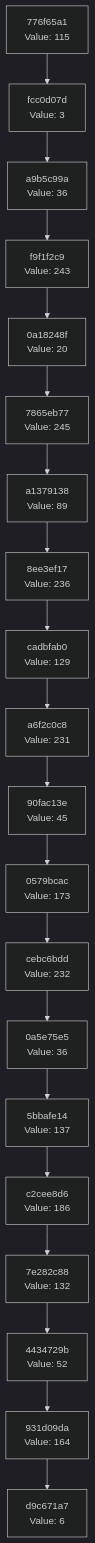
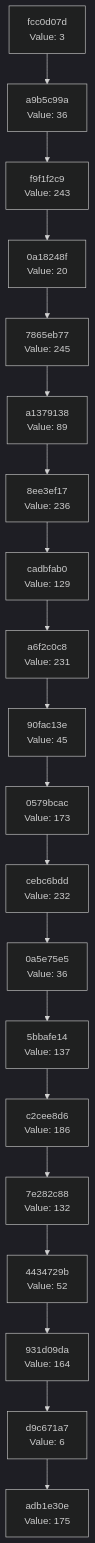
One commit to Abhisheksinha1506/hash-chain-evolver changed the diagram in docs/CHAIN_VISUALIZATION.md. Above: the diagram before and after it, drawn with Mermaid (dark theme). The commit also changed 3 other files, not shown here.

````diff
--- a/docs/CHAIN_VISUALIZATION.md
+++ b/docs/CHAIN_VISUALIZATION.md
@@ -3,42 +3,42 @@
 ```mermaid
 graph TD
-    C0["d9c671a7<br/>Value: 6"]
-    C1["931d09da<br/>Value: 164"]
+    C0["adb1e30e<br/>Value: 175"]
+    C1["d9c671a7<br/>Value: 6"]
     C1 --> C0
-    C2["4434729b<br/>Value: 52"]
+    C2["931d09da<br/>Value: 164"]
     C2 --> C1
-    C3["7e282c88<br/>Value: 132"]
+    C3["4434729b<br/>Value: 52"]
     C3 --> C2
-    C4["c2cee8d6<br/>Value: 186"]
+    C4["7e282c88<br/>Value: 132"]
     C4 --> C3
-    C5["5bbafe14<br/>Value: 137"]
+    C5["c2cee8d6<br/>Value: 186"]
     C5 --> C4
-    C6["0a5e75e5<br/>Value: 36"]
+    C6["5bbafe14<br/>Value: 137"]
     C6 --> C5
-    C7["cebc6bdd<br/>Value: 232"]
+    C7["0a5e75e5<br/>Value: 36"]
     C7 --> C6
-    C8["0579bcac<br/>Value: 173"]
+    C8["cebc6bdd<br/>Value: 232"]
     C8 --> C7
-    C9["90fac13e<br/>Value: 45"]
+    C9["0579bcac<br/>Value: 173"]
     C9 --> C8
-    C10["a6f2c0c8<br/>Value: 231"]
+    C10["90fac13e<br/>Value: 45"]
     C10 --> C9
-    C11["cadbfab0<br/>Value: 129"]
+    C11["a6f2c0c8<br/>Value: 231"]
     C11 --> C10
-    C12["8ee3ef17<br/>Value: 236"]
+    C12["cadbfab0<br/>Value: 129"]
     C12 --> C11
-    C13["a1379138<br/>Value: 89"]
+    C13["8ee3ef17<br/>Value: 236"]
     C13 --> C12
-    C14["7865eb77<br/>Value: 245"]
+    C14["a1379138<br/>Value: 89"]
     C14 --> C13
-    C15["0a18248f<br/>Value: 20"]
+    C15["7865eb77<br/>Value: 245"]
     C15 --> C14
-    C16["f9f1f2c9<br/>Value: 243"]
+    C16["0a18248f<br/>Value: 20"]
     C16 --> C15
-    C17["a9b5c99a<br/>Value: 36"]
+    C17["f9f1f2c9<br/>Value: 243"]
     C17 --> C16
-    C18["fcc0d07d<br/>Value: 3"]
+    C18["a9b5c99a<br/>Value: 36"]
     C18 --> C17
-    C19["776f65a1<br/>Value: 115"]
+    C19["fcc0d07d<br/>Value: 3"]
     C19 --> C18
 ```
````
